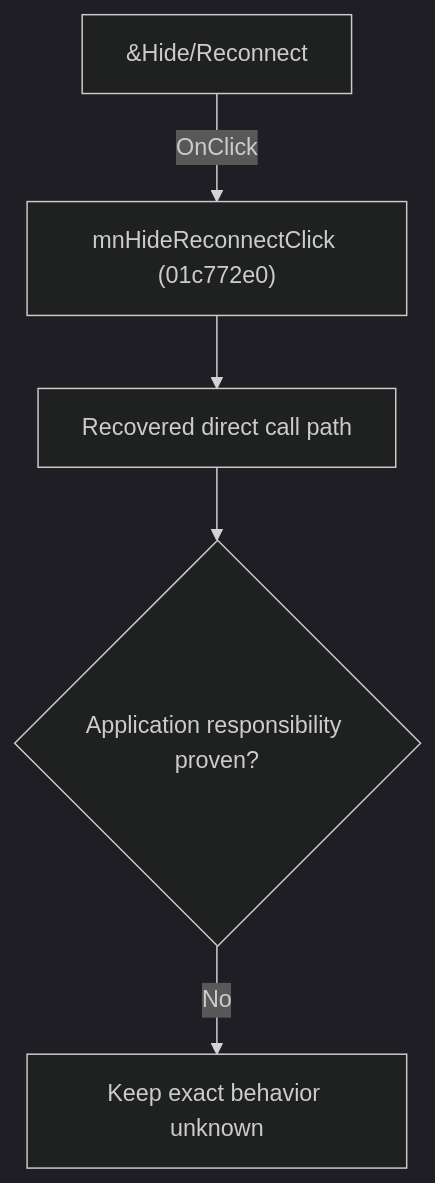
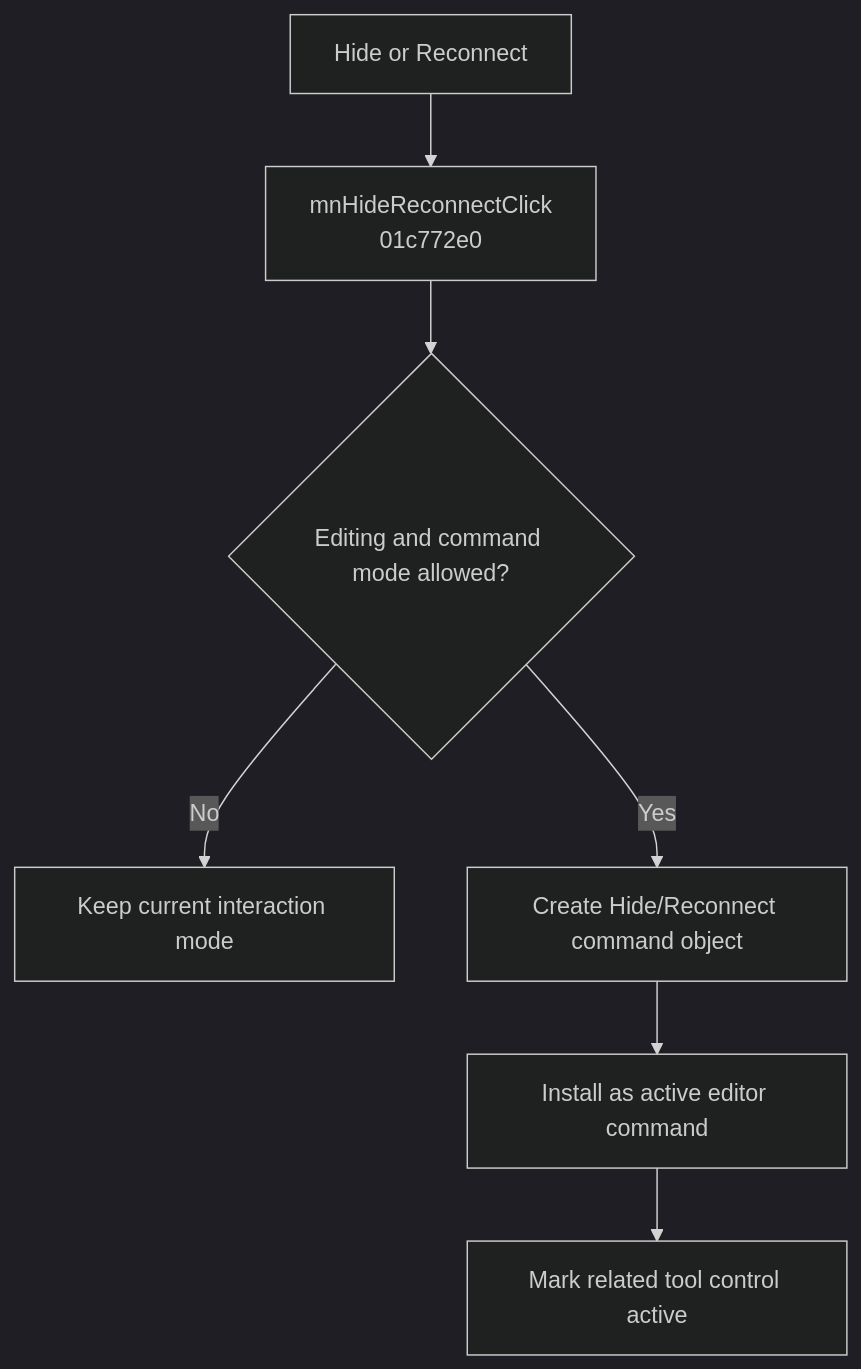
One commit to MovGP0/TIARA changed the diagram in docs/ui-controls/schematiceditor/mnhidereconnect-486aa9a882.md. Above: the diagram before and after it, drawn with Mermaid (dark theme). The commit also changed other lines of this file and 241 other files, not shown here.

````diff
--- a/docs/ui-controls/schematiceditor/mnhidereconnect-486aa9a882.md
+++ b/docs/ui-controls/schematiceditor/mnhidereconnect-486aa9a882.md
@@ -27,7 +29,9 @@
 ```mermaid
 flowchart TD
-    control["&Hide/Reconnect"] -->|"OnClick"| handler["mnHideReconnectClick (01c772e0)"]
-    handler --> recovered["Recovered direct call path"]
-    recovered --> gap{"Application responsibility proven?"}
-    gap -->|"No"| blocked["Keep exact behavior unknown"]
+    control["Hide or Reconnect"] --> handler["mnHideReconnectClick<br/>01c772e0"]
+    handler --> allowed{"Editing and command mode allowed?"}
+    allowed -->|"No"| noOp["Keep current interaction mode"]
+    allowed -->|"Yes"| command["Create Hide/Reconnect command object"]
+    command --> install["Install as active editor command"]
+    install --> activate["Mark related tool control active"]
 ```
````
